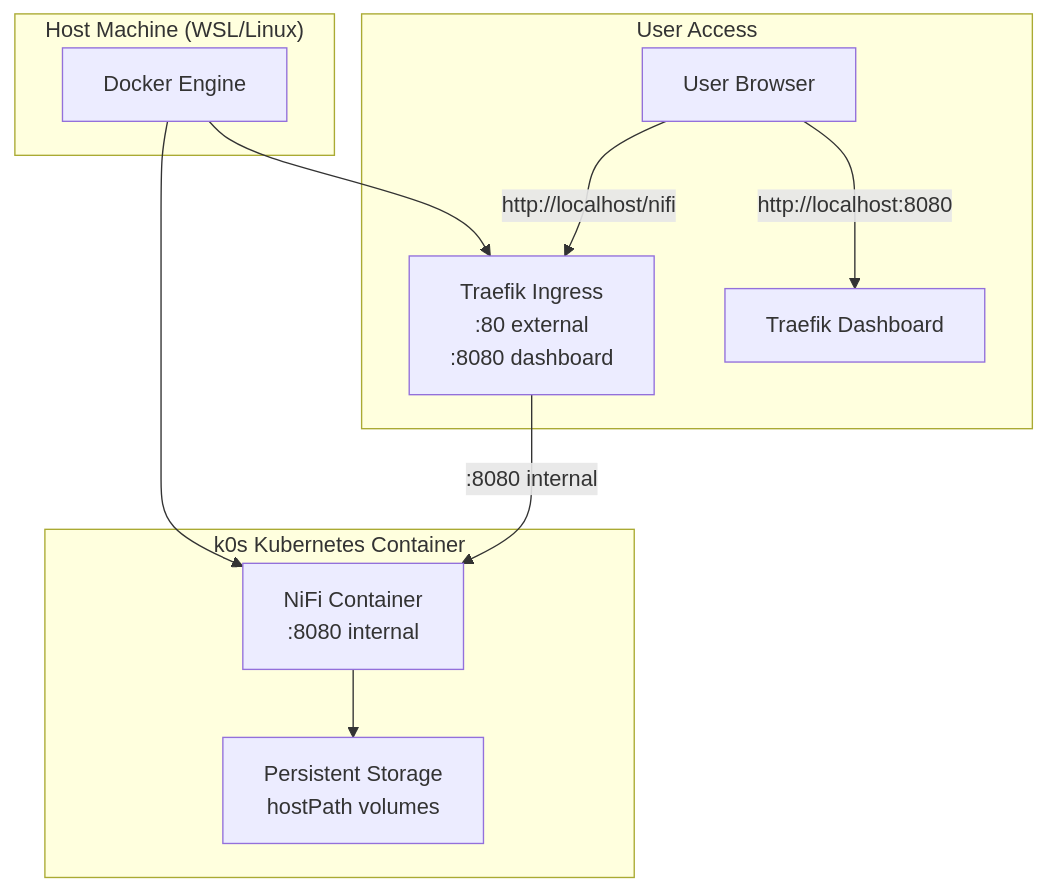
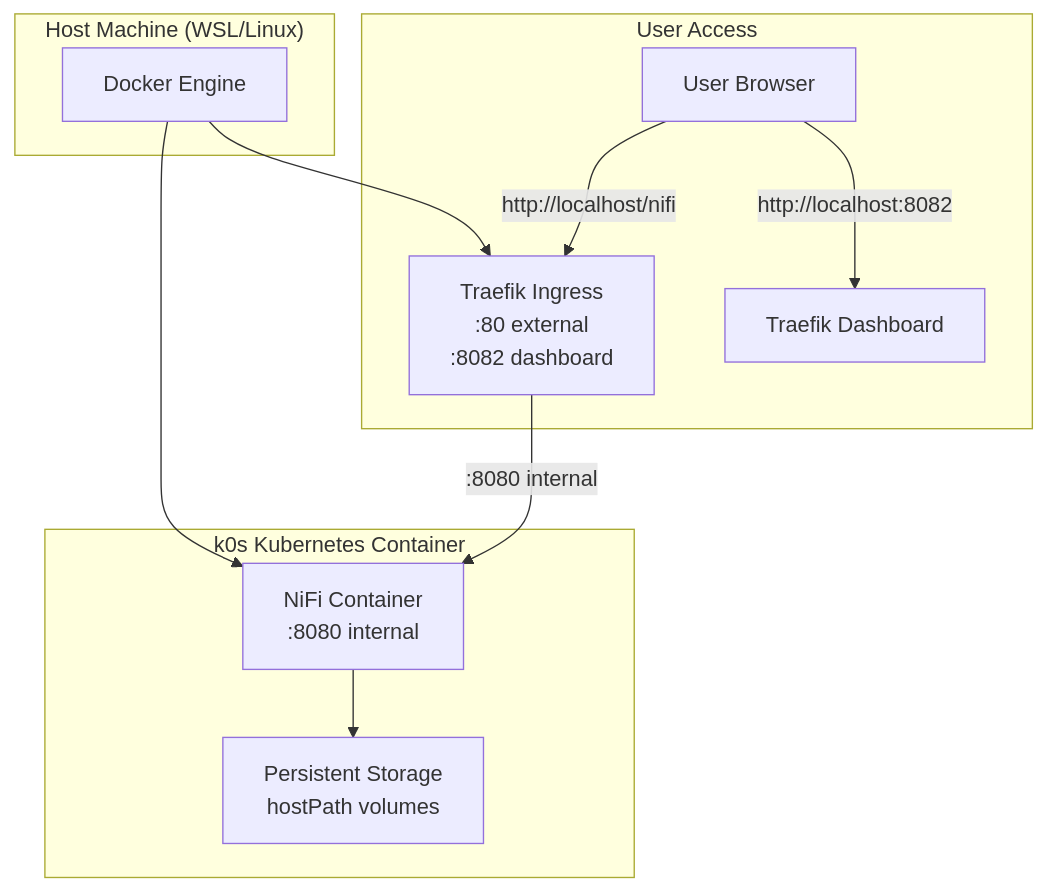
Before and after one commit to infometish/InfoMetis: the diagram in v0.1.0/README.md, drawn with Mermaid. The commit also changed other lines of this file and 26 other files, not shown here.

````diff
--- a/v0.1.0/README.md
+++ b/v0.1.0/README.md
@@ -29,21 +29,21 @@
 ```mermaid
 graph TB
     subgraph "User Access"
         U[User Browser]
         U -->|http://localhost/nifi| T
-        U -->|http://localhost:8080| TD[Traefik Dashboard]
+        U -->|http://localhost:8082| TD[Traefik Dashboard]
     end
     
     subgraph "Host Machine (WSL/Linux)"
         D[Docker Engine]
     end
     
     subgraph "k0s Kubernetes Container"
-        T[Traefik Ingress<br/>:80 external<br/>:8080 dashboard]
+        T[Traefik Ingress<br/>:80 external<br/>:8082 dashboard]
         T -->|:8080 internal| N[NiFi Container<br/>:8080 internal]
         N --> S[Persistent Storage<br/>hostPath volumes]
     end
     
     D --> T
     D --> N
 ```
````
